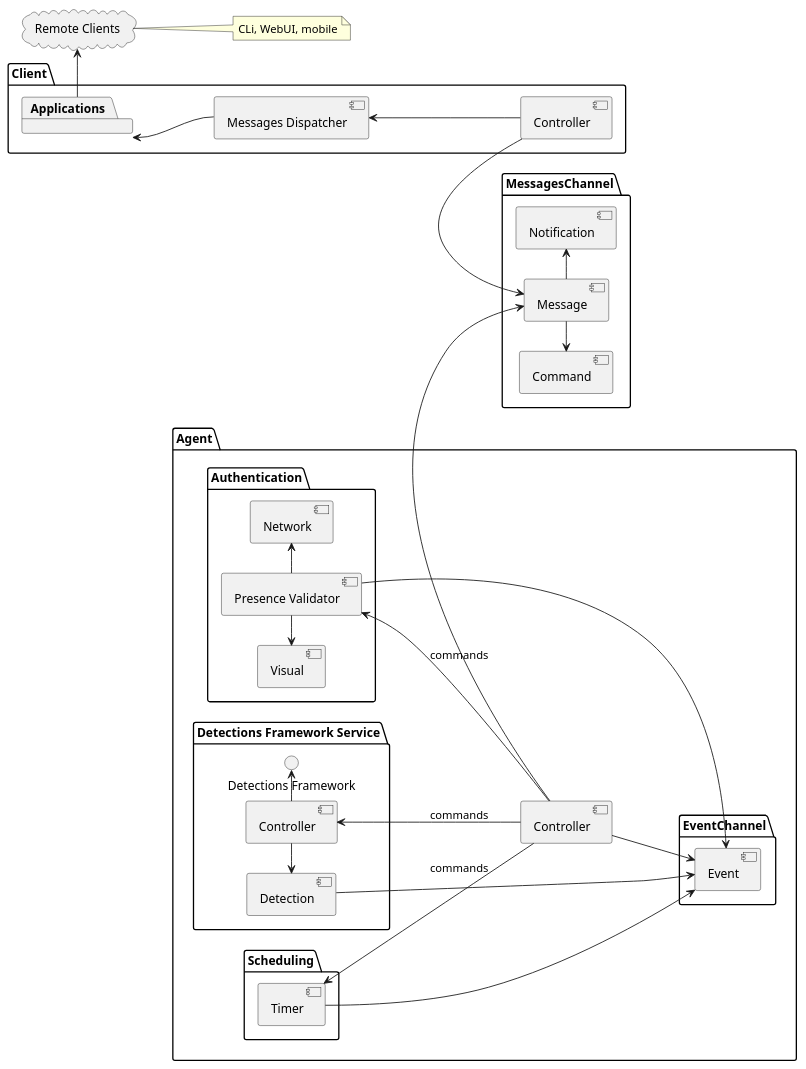
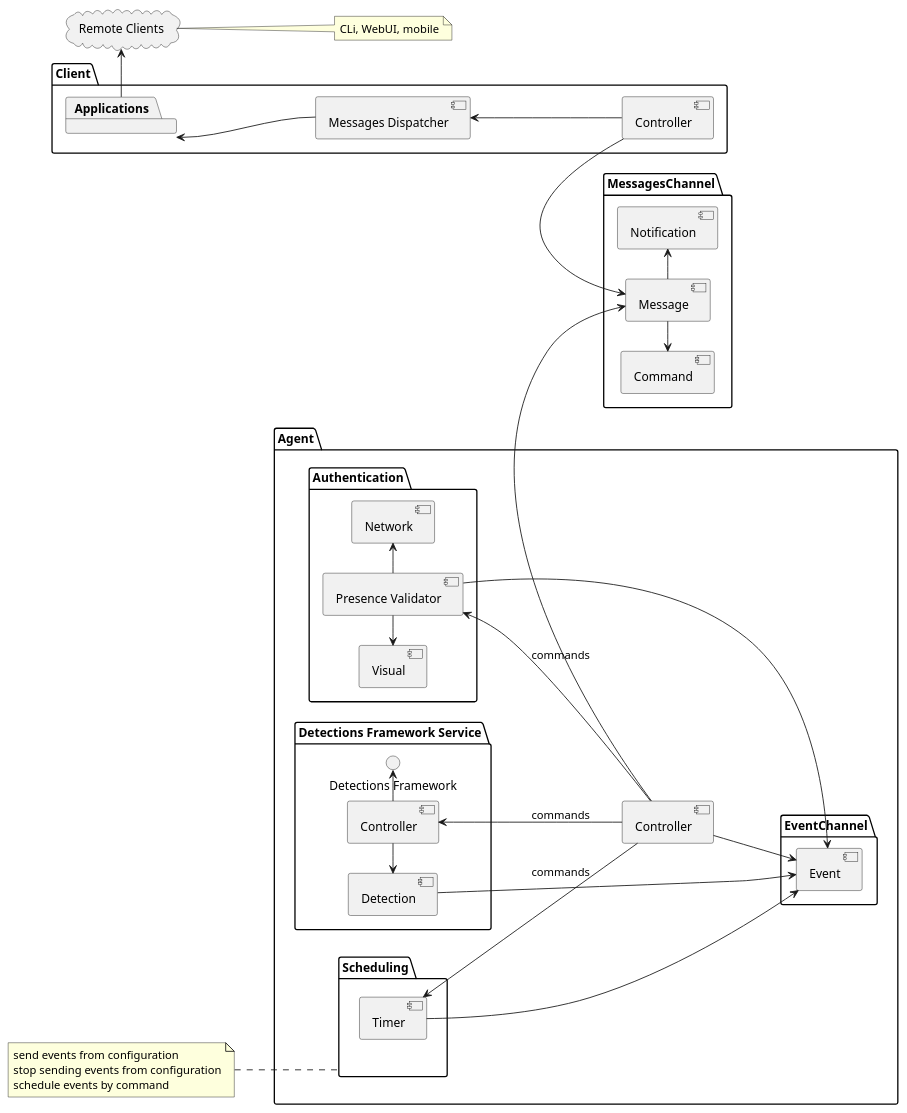
Before and after one commit to saratoga8/motion_notifier: the diagram in docs/components.puml, drawn with PlantUML. The commit also changed 2 other files, not shown here.

```diff
--- a/docs/components.puml
+++ b/docs/components.puml
@@ -1,64 +1,70 @@
 @startuml
 'https://plantuml.com/component-diagram
 
 left to right direction
 
 package "Agent" {
     [Controller] as Agent_Controller
     package "Authentication" {
       [Presence Validator]
       [Network]
       [Visual]
     }
 
     package "Detections Framework Service" {
       () "Detections Framework" as DF
       [Controller] -> DF
       [Detection] <- [Controller]
     }
 
 
     package EventChannel {
       Agent_Controller --> [Event]
       [Presence Validator] -> [Event]
       [Detection] -> [Event]
     }
 
     package "Scheduling" {
       [Timer] -> [Event]
     }
-
 }
 
 package "Client" {
     [Controller] as Client_Controller
     [Messages Dispatcher] <-- Client_Controller
 
     package [Applications] {
     }
 }
 
 package MessagesChannel {
     [Command] <- [Message]
     [Message]
     [Message] -> [Notification]
 }
 
 
 cloud "Remote Clients" {
 }
 
 [Applications] <-- [Messages Dispatcher]
 [Applications] -> "Remote Clients"
 Client_Controller -> [Message]
 Agent_Controller -> [Message]
 
 [Controller] <-- Agent_Controller : commands
 [Presence Validator] <-- Agent_Controller : commands
 [Timer] <-- Agent_Controller : commands
 
 [Presence Validator] -> [Network]
 [Visual] <- [Presence Validator]
 
 note right of "Remote Clients": CLi, WebUI, mobile
+    note left of "Scheduling"
+      send events from configuration
+      stop sending events from configuration
+      schedule events by command
+end note
+
+
 @enduml
```
